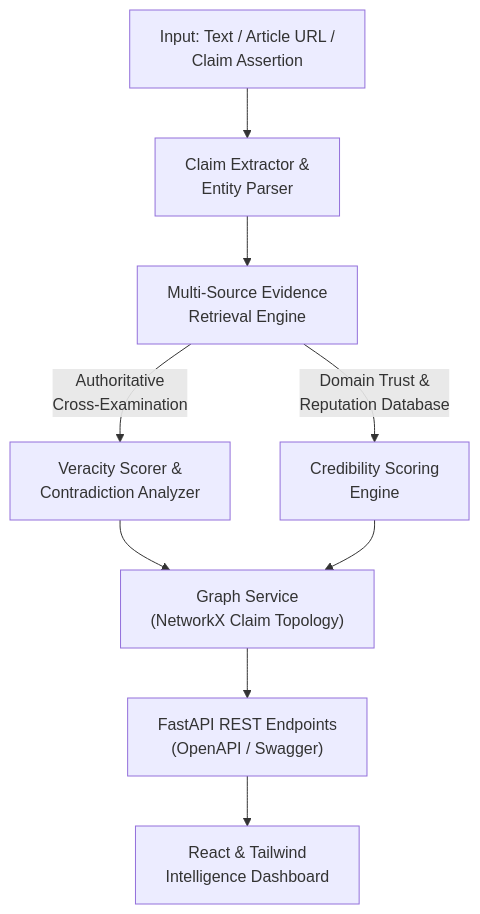
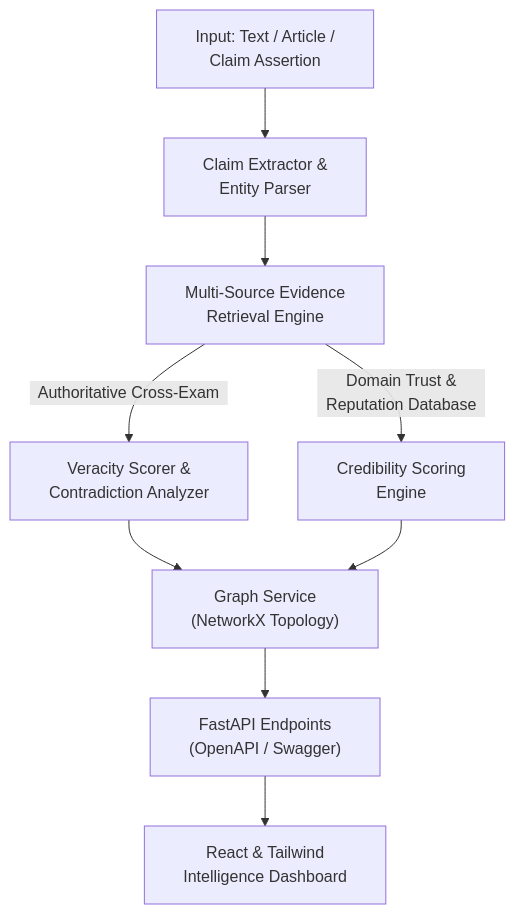
One commit to ISBANDURAHUMAN-R/TRUVEX changed the diagram in README.md. Above: the diagram before and after it, drawn with Mermaid.

Commit message:
docs: fix Mermaid label truncation with line wrapping and non-clipping padding

````diff
--- a/README.md
+++ b/README.md
@@ -16,11 +16,11 @@
 ```mermaid
 flowchart TD
-    Input["Input: Text / Article URL /<br/>Claim Assertion"] --> CE["Claim Extractor &amp;<br/>Entity Parser"]
-    CE --> MSR["Multi-Source Evidence<br/>Retrieval Engine"]
-    MSR -->|"Authoritative<br/>Cross-Examination"| VS["Veracity Scorer &amp;<br/>Contradiction Analyzer"]
-    MSR -->|"Domain Trust &amp;<br/>Reputation Database"| CS["Credibility Scoring<br/>Engine"]
-    VS --> GS["Graph Service<br/>(NetworkX Claim Topology)"]
+    Input["&nbsp; Input: Text / Article / &nbsp;<br/>&nbsp; Claim Assertion &nbsp;"] --> CE["&nbsp; Claim Extractor &amp; &nbsp;<br/>&nbsp; Entity Parser &nbsp;"]
+    CE --> MSR["&nbsp; Multi-Source Evidence &nbsp;<br/>&nbsp; Retrieval Engine &nbsp;"]
+    MSR -->|"&nbsp; Authoritative Cross-Exam &nbsp;"| VS["&nbsp; Veracity Scorer &amp; &nbsp;<br/>&nbsp; Contradiction Analyzer &nbsp;"]
+    MSR -->|"&nbsp; Domain Trust &amp; &nbsp;<br/>&nbsp; Reputation Database &nbsp;"| CS["&nbsp; Credibility Scoring &nbsp;<br/>&nbsp; Engine &nbsp;"]
+    VS --> GS["&nbsp; Graph Service &nbsp;<br/>&nbsp; (NetworkX Topology) &nbsp;"]
     CS --> GS
-    GS --> API["FastAPI REST Endpoints<br/>(OpenAPI / Swagger)"]
-    API --> UI["React & Tailwind<br/>Intelligence Dashboard"]
+    GS --> API["&nbsp; FastAPI Endpoints &nbsp;<br/>&nbsp; (OpenAPI / Swagger) &nbsp;"]
+    API --> UI["&nbsp; React &amp; Tailwind &nbsp;<br/>&nbsp; Intelligence Dashboard &nbsp;"]
 ```
````
